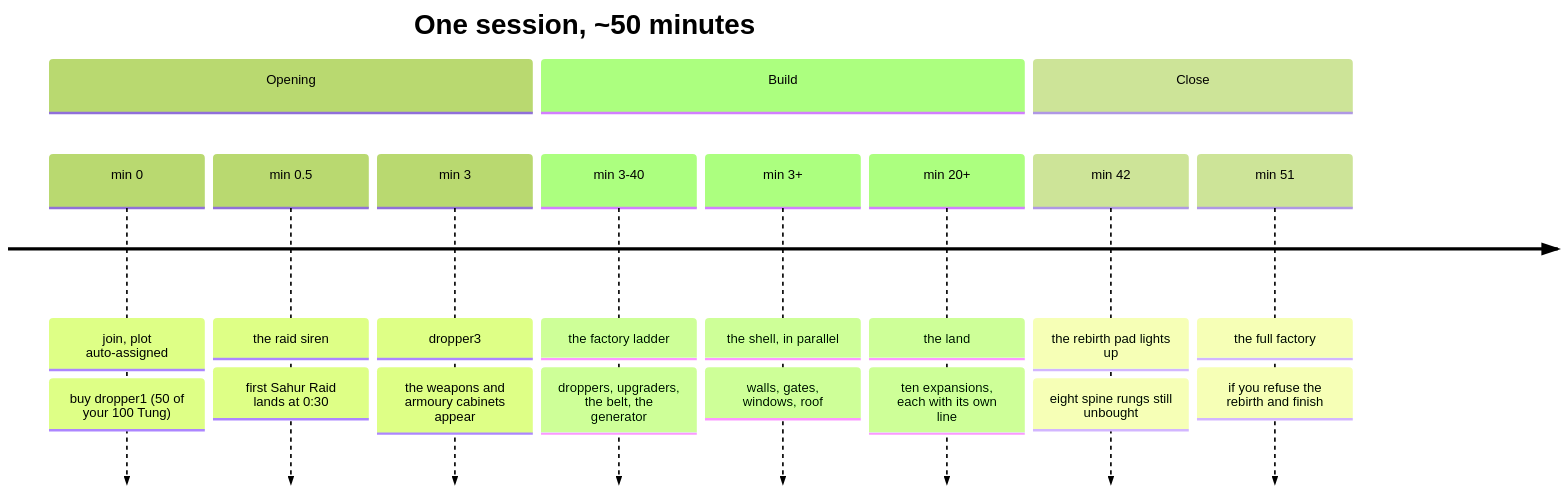
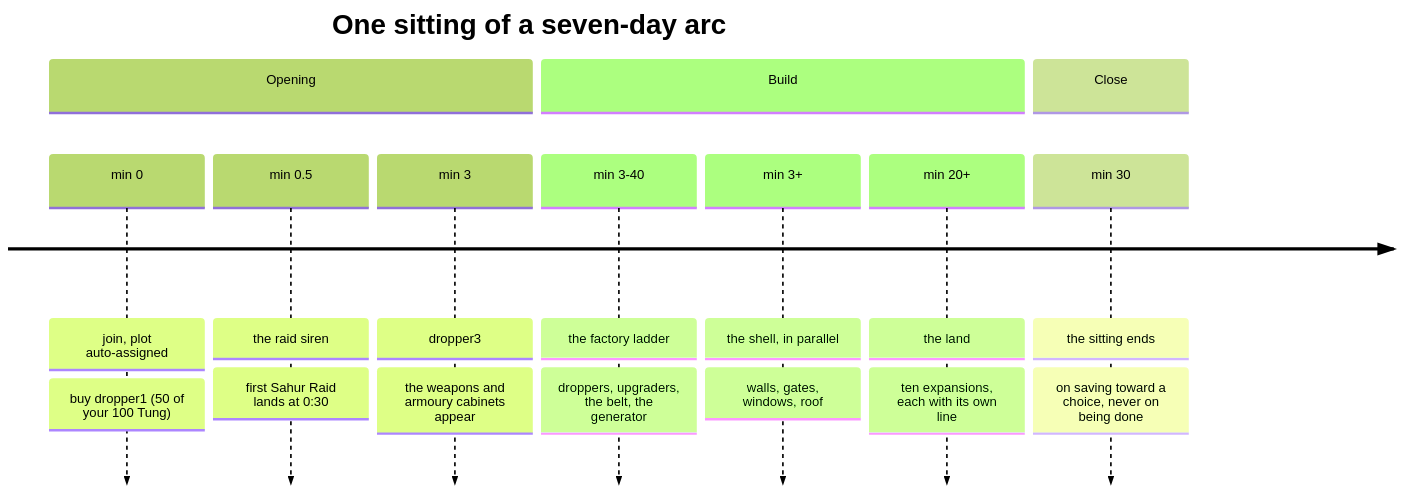
Before and after one commit to adit-rah/ttt: the first of 6 diagrams in docs/design/GAME.md, drawn with Mermaid (forest theme). The commit also changed other lines of this file and 6 other files, not shown here.

````diff
--- a/docs/design/GAME.md
+++ b/docs/design/GAME.md
@@ -34,15 +34,14 @@
 ```mermaid
 timeline
-    title One session, ~50 minutes
+    title One sitting of a seven-day arc
     section Opening
         min 0  : join, plot auto-assigned : buy dropper1 (50 of your 100 Tung)
         min 0.5 : the raid siren : first Sahur Raid lands at 0:30
         min 3  : dropper3 : the weapons and armoury cabinets appear
     section Build
         min 3-40 : the factory ladder : droppers, upgraders, the belt, the generator
         min 3+   : the shell, in parallel : walls, gates, windows, roof
         min 20+  : the land : ten expansions, each with its own line
     section Close
-        min 42 : the rebirth pad lights up : eight spine rungs still unbought
-        min 51 : the full factory : if you refuse the rebirth and finish
+        min 30 : the sitting ends : on saving toward a choice, never on being done
 ```
````
